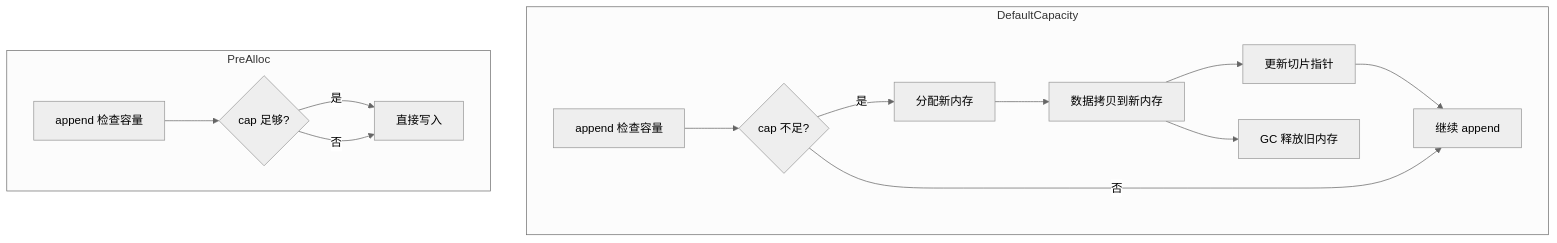
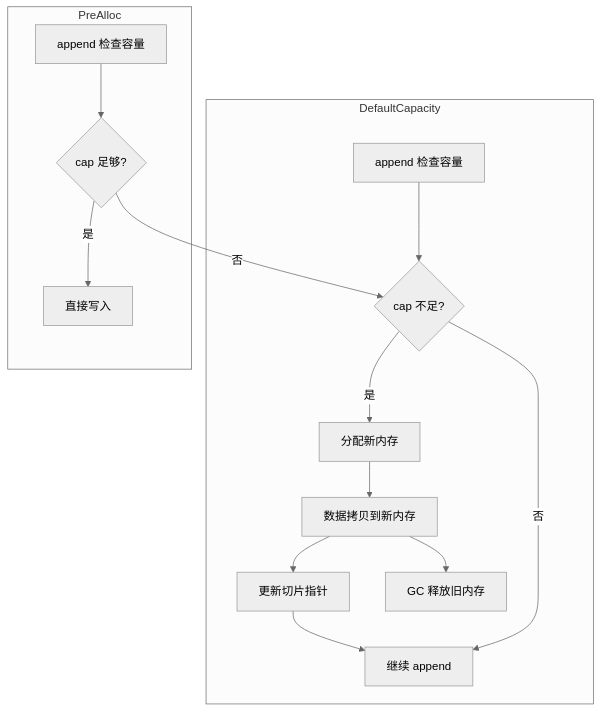
Before and after one commit to MasonChow/go-knowledge: the diagram in docs/make-slice-capacity-benchmark/README.md, drawn with Mermaid (neutral theme). The commit also changed other lines of this file, not shown here.

````diff
--- a/docs/make-slice-capacity-benchmark/README.md
+++ b/docs/make-slice-capacity-benchmark/README.md
@@ -84,28 +83,28 @@
 ```mermaid
 flowchart TD
     subgraph DefaultCapacity
         C0[append 检查容量]
         C1{cap 不足?}
         C2[分配新内存]
         C3[数据拷贝到新内存]
         C4[更新切片指针]
         C5[继续 append]
         C6[GC 释放旧内存]
         C0 --> C1
         C1 -- 是 --> C2
         C2 --> C3
         C3 --> C4
         C4 --> C5
         C3 --> C6
         C1 -- 否 --> C5
     end
 
     subgraph PreAlloc
         D0[append 检查容量]
         D1{cap 足够?}
         D2[直接写入]
         D0 --> D1
         D1 -- 是 --> D2
-        D1 -- 否 --> D2
+        D1 -- 否 --> C1
     end
 ```
````
